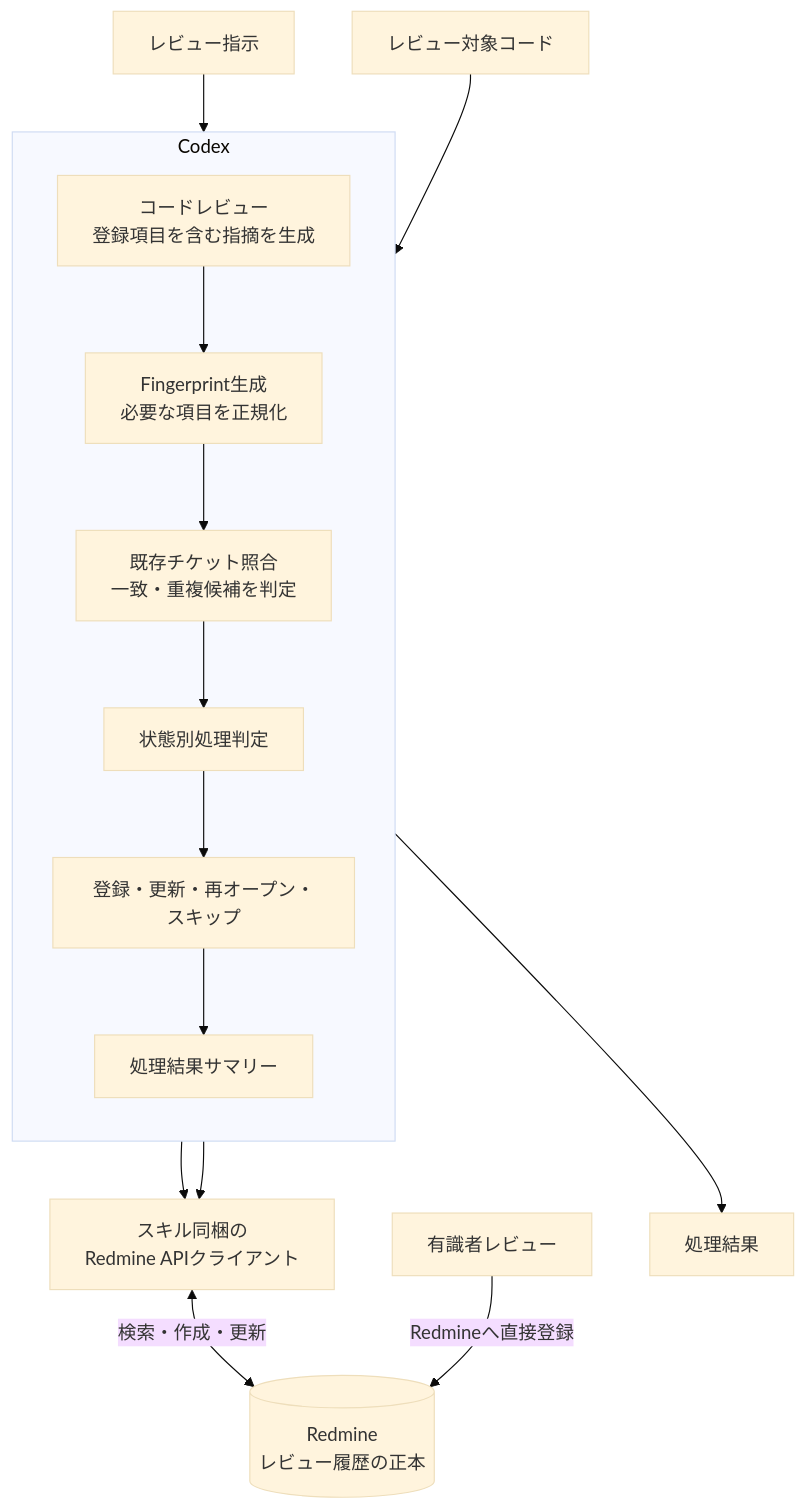
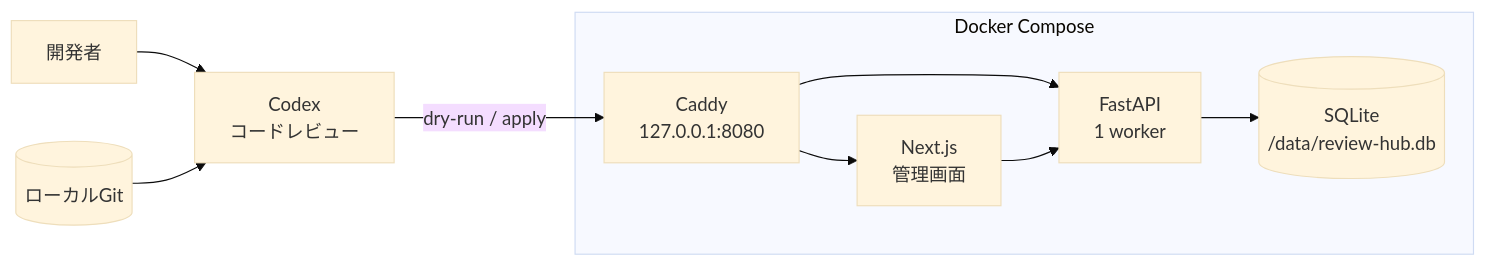
Before and after one commit to souri-t/TaskManage: the diagram in README.md, drawn with Mermaid (base theme). The commit also changed other lines of this file and 46 other files, not shown here.

Commit message:
Review Hub

````diff
--- a/README.md
+++ b/README.md
@@ -9,33 +9,17 @@
 ```mermaid
-flowchart TD
-    Prompt["レビュー指示"]
-    Source["レビュー対象コード"]
+flowchart LR
+    User["開発者"] --> Codex["Codex<br/>コードレビュー"]
+    Repo[("ローカルGit")] --> Codex
+    Codex -->|"dry-run / apply"| Caddy
 
-    subgraph Codex["Codex"]
-        direction TB
-        Review["コードレビュー<br/>登録項目を含む指摘を生成"]
-        Fingerprint["Fingerprint生成<br/>必要な項目を正規化"]
-        Match["既存チケット照合<br/>一致・重複候補を判定"]
-        Policy["状態別処理判定"]
-        Apply["登録・更新・再オープン・スキップ"]
-        Summary["処理結果サマリー"]
+    subgraph Compose["Docker Compose"]
+        Caddy["Caddy<br/>127.0.0.1:8080"]
+        Web["Next.js<br/>管理画面"]
+        API["FastAPI<br/>1 worker"]
+        DB[("SQLite<br/>/data/review-hub.db")]
+        Caddy --> Web
+        Caddy --> API
+        Web --> API
+        API --> DB
     end
-
-    Client["スキル同梱の<br/>Redmine APIクライアント"]
-    Redmine[("Redmine<br/>レビュー履歴の正本")]
-    Human["有識者レビュー"]
-    Result["処理結果"]
-
-    Prompt --> Review
-    Source --> Review
-    Review --> Fingerprint
-    Fingerprint --> Match
-    Match --> Client
-    Match --> Policy
-    Policy --> Apply
-    Apply --> Client
-    Client <-->|"検索・作成・更新"| Redmine
-    Apply --> Summary
-    Summary --> Result
-    Human -->|"Redmineへ直接登録"| Redmine
 ```
````
